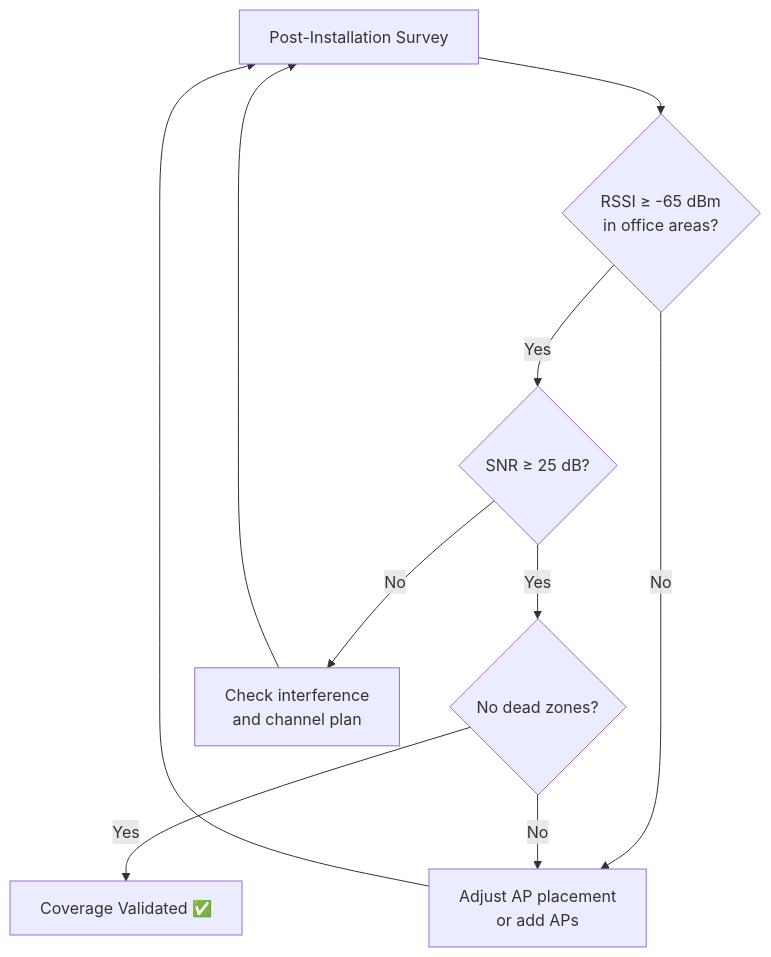
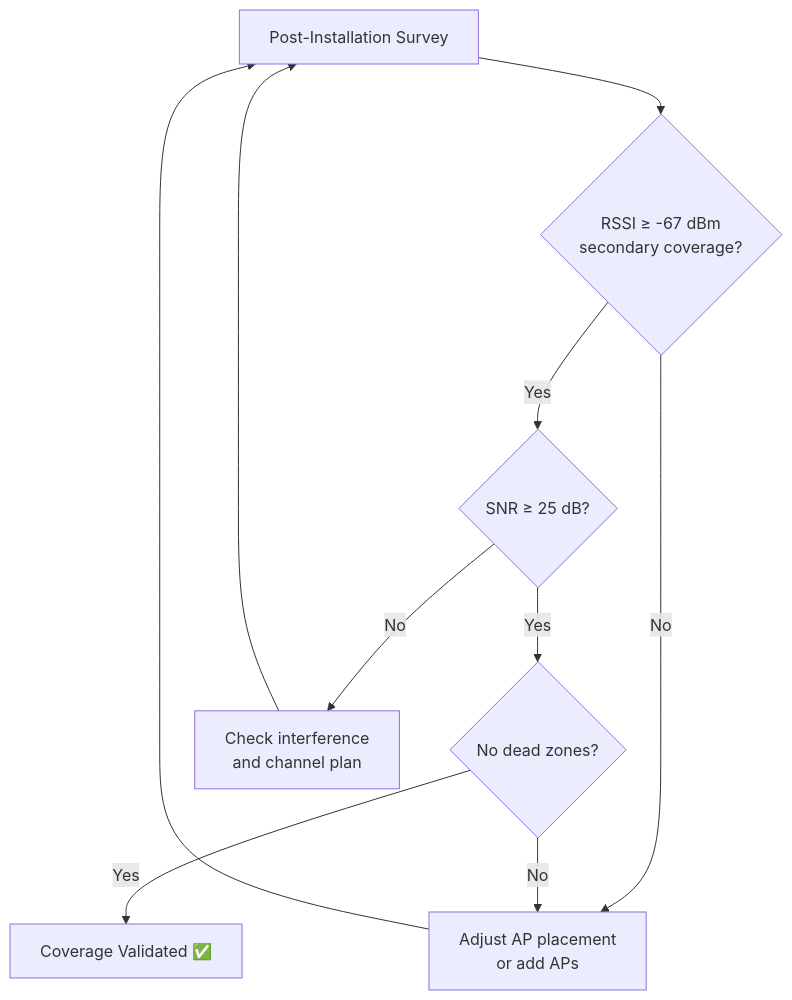
One commit to NewOrleansITI/networkstandards changed the sixth of 8 diagrams in docs/wifi/deployment-procedures.md. Above: the diagram before and after it, drawn with Mermaid. The commit also changed other lines of this file and 2 other files, not shown here.

````diff
--- a/docs/wifi/deployment-procedures.md
+++ b/docs/wifi/deployment-procedures.md
@@ -278,12 +280,12 @@
 ```mermaid
 flowchart TD
-    A[Post-Installation Survey] --> B{RSSI ≥ -65 dBm<br/>in office areas?}
+    A[Post-Installation Survey] --> B{RSSI ≥ -67 dBm<br/>secondary coverage?}
     B -->|Yes| C{SNR ≥ 25 dB?}
     B -->|No| D[Adjust AP placement<br/>or add APs]
     C -->|Yes| E{No dead zones?}
     C -->|No| F[Check interference<br/>and channel plan]
     E -->|Yes| G[Coverage Validated ✅]
     E -->|No| D
     D --> A
     F --> A
 ```
````
